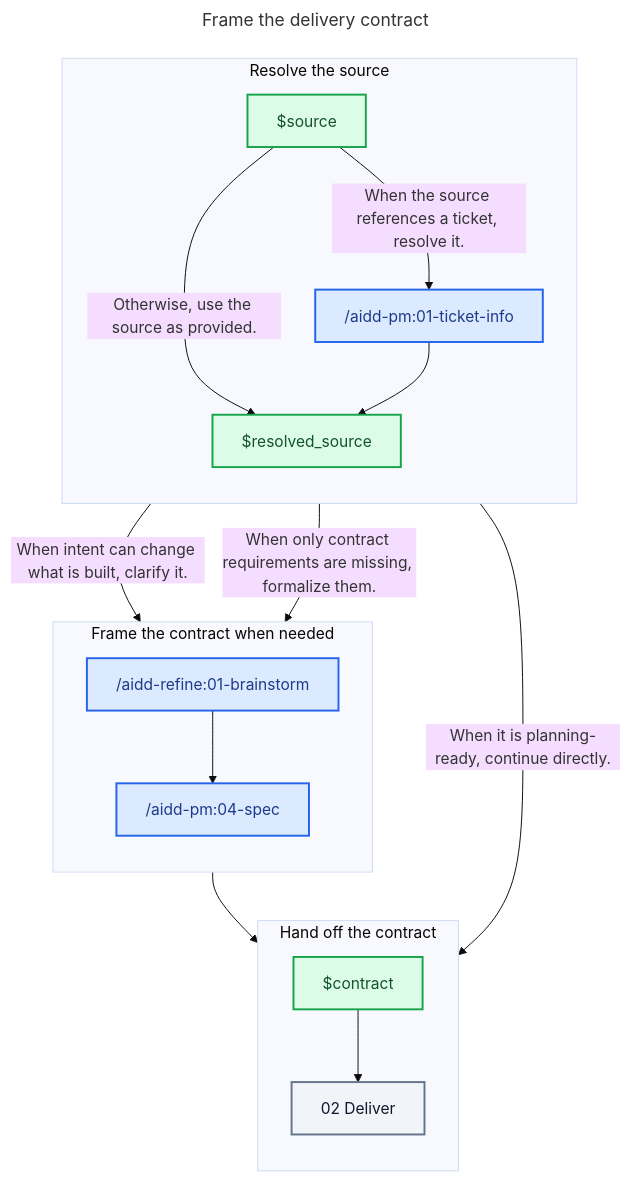
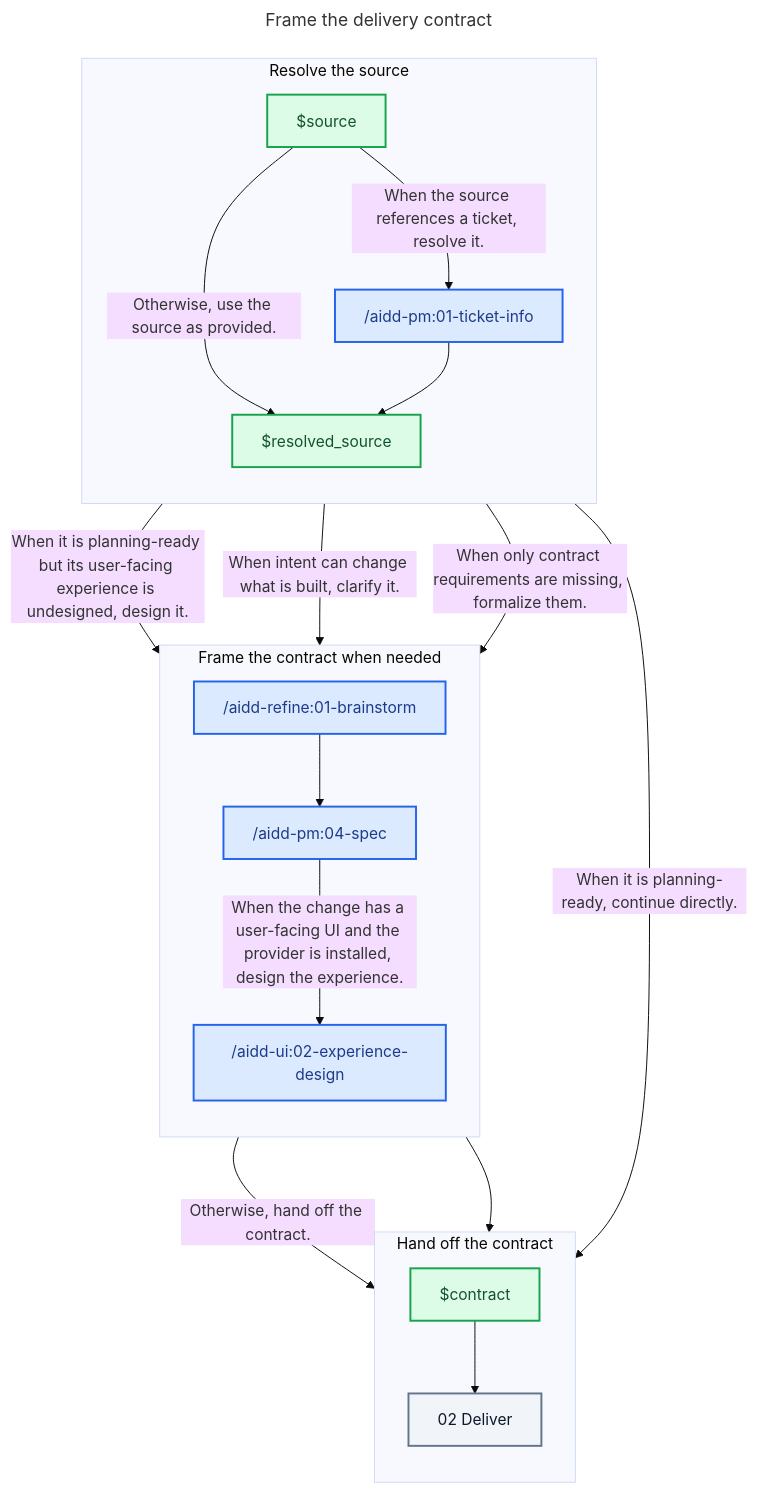
Before and after one commit to sylvain-reynaud/framework: the diagram in plugins/aidd-orchestrator/skills/01-sdlc/references/01-frame.md, drawn with Mermaid (base theme). The commit also changed other lines of this file, not shown here.

Commit message:
feat(aidd-orchestrator): design the experience before handing off the contract
When the change has a user-facing UI and the experience design provider is
installed, Frame now routes the spec through it so the contract the executor
receives already carries the experience brief.

Claude-Session: https://claude.ai/code/session_01XWGaokPLEcEwHUYq9Z5Jjf

````diff
--- a/plugins/aidd-orchestrator/skills/01-sdlc/references/01-frame.md
+++ b/plugins/aidd-orchestrator/skills/01-sdlc/references/01-frame.md
@@ -7,42 +7,46 @@
 ```mermaid
 ---
 title: Frame the delivery contract
 ---
 flowchart TD
   subgraph SourceStage["Resolve the source"]
     direction TB
     Source["$source"]
     Ticket["/aidd-pm:01-ticket-info"]
     ResolvedSource["$resolved_source"]
   end
 
   subgraph FrameStage["Frame the contract when needed"]
     direction TB
     Brainstorm["/aidd-refine:01-brainstorm"]
     Spec["/aidd-pm:04-spec"]
+    Design["/aidd-ui:02-experience-design"]
   end
 
   subgraph HandoffStage["Hand off the contract"]
     direction TB
     Contract["$contract"]
     Deliver["02 Deliver"]
   end
 
   Source -- "When the source references a ticket, resolve it." --> Ticket
   Source -- "Otherwise, use the source as provided." --> ResolvedSource
   Ticket --> ResolvedSource
   ResolvedSource -- "When it is planning-ready, continue directly." --> Contract
+  ResolvedSource -- "When it is planning-ready but its user-facing experience is undesigned, design it." --> Design
   ResolvedSource -- "When intent can change what is built, clarify it." --> Brainstorm
   ResolvedSource -- "When only contract requirements are missing, formalize them." --> Spec
   Brainstorm --> Spec
-  Spec --> Contract
+  Spec -- "When the change has a user-facing UI and the provider is installed, design the experience." --> Design
+  Spec -- "Otherwise, hand off the contract." --> Contract
+  Design --> Contract
   Contract --> Deliver
 
   classDef skill fill:#DBEAFE,stroke:#2563EB,color:#1E3A8A,stroke-width:2px
   classDef artifact fill:#DCFCE7,stroke:#16A34A,color:#14532D,stroke-width:2px
   classDef zone fill:#F1F5F9,stroke:#64748B,color:#0F172A,stroke-width:2px
 
-  class Ticket,Brainstorm,Spec skill
+  class Ticket,Brainstorm,Spec,Design skill
   class Source,ResolvedSource,Contract artifact
   class Deliver zone
 ```
````
